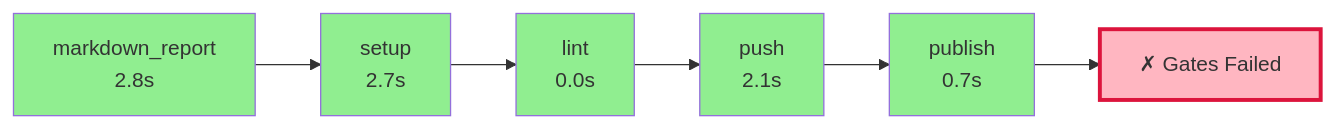
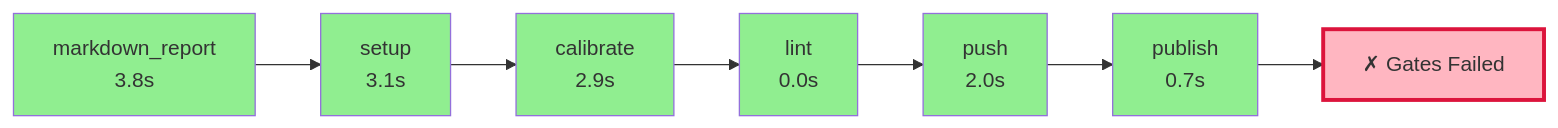
The diagram in .pyqual/report.md (wronai/fixos), drawn with Mermaid before and after one commit. The commit also changed other lines of this file and 3 other files, not shown here.

````diff
--- a/.pyqual/report.md
+++ b/.pyqual/report.md
@@ -10,20 +10,23 @@
 ```mermaid
 flowchart LR
-    S0["markdown_report<br/>2.8s"]
+    S0["markdown_report<br/>3.8s"]
     style S0 fill:#90EE90
-    S1["setup<br/>2.7s"]
+    S1["setup<br/>3.1s"]
     style S1 fill:#90EE90
     S0 --> S1
-    S2["lint<br/>0.0s"]
+    S2["calibrate<br/>2.9s"]
     style S2 fill:#90EE90
     S1 --> S2
-    S3["push<br/>2.1s"]
+    S3["lint<br/>0.0s"]
     style S3 fill:#90EE90
     S2 --> S3
-    S4["publish<br/>0.7s"]
+    S4["push<br/>2.0s"]
     style S4 fill:#90EE90
     S3 --> S4
+    S5["publish<br/>0.7s"]
+    style S5 fill:#90EE90
+    S4 --> S5
     G["✗ Gates Failed"]
     style G fill:#FFB6C1,stroke:#DC143C,stroke-width:3px
-    S4 --> G
+    S5 --> G
 ```
````
